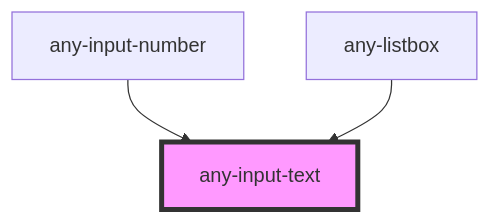
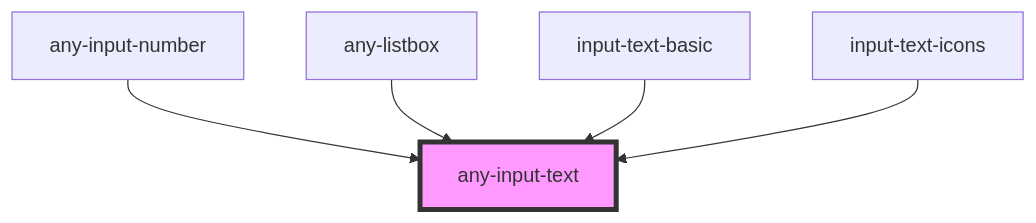
The diagram in packages/core/src/components/input-text/readme.md (adaleks/anywhere-ui), drawn with Mermaid before and after one commit. The commit also changed other lines of this file and 40 other files, not shown here.

Commit message:
Implemented showcase doc for input-text component

````diff
--- a/packages/core/src/components/input-text/readme.md
+++ b/packages/core/src/components/input-text/readme.md
@@ -70,6 +107,8 @@
 ```mermaid
 graph TD;
   any-input-number --> any-input-text
   any-listbox --> any-input-text
+  input-text-basic --> any-input-text
+  input-text-icons --> any-input-text
   style any-input-text fill:#f9f,stroke:#333,stroke-width:4px
 ```
````
